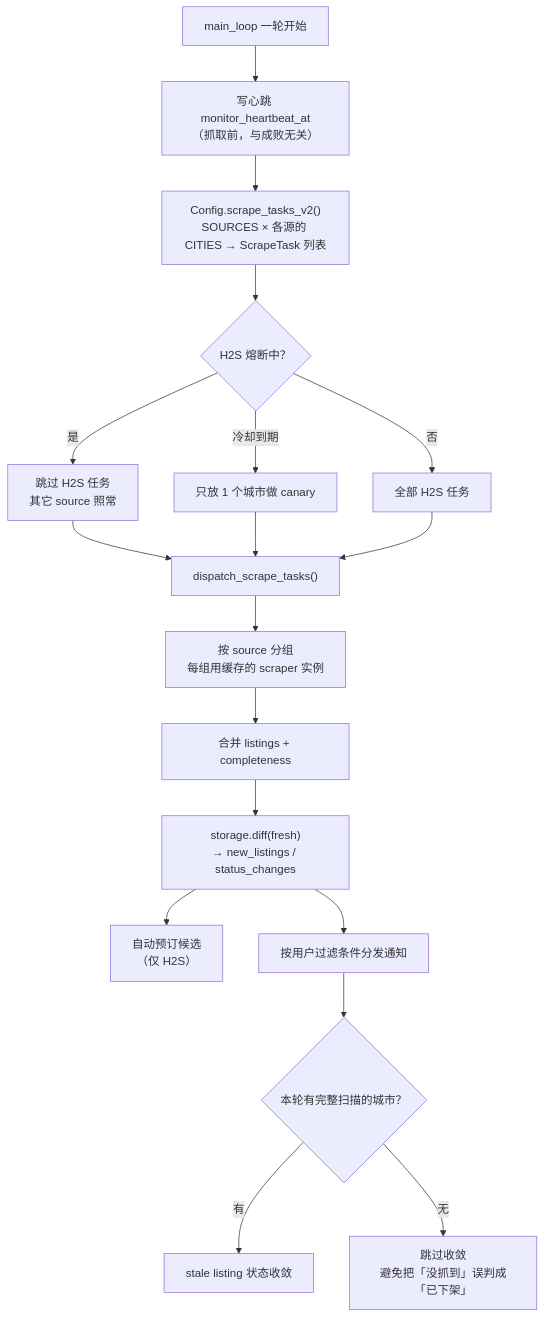
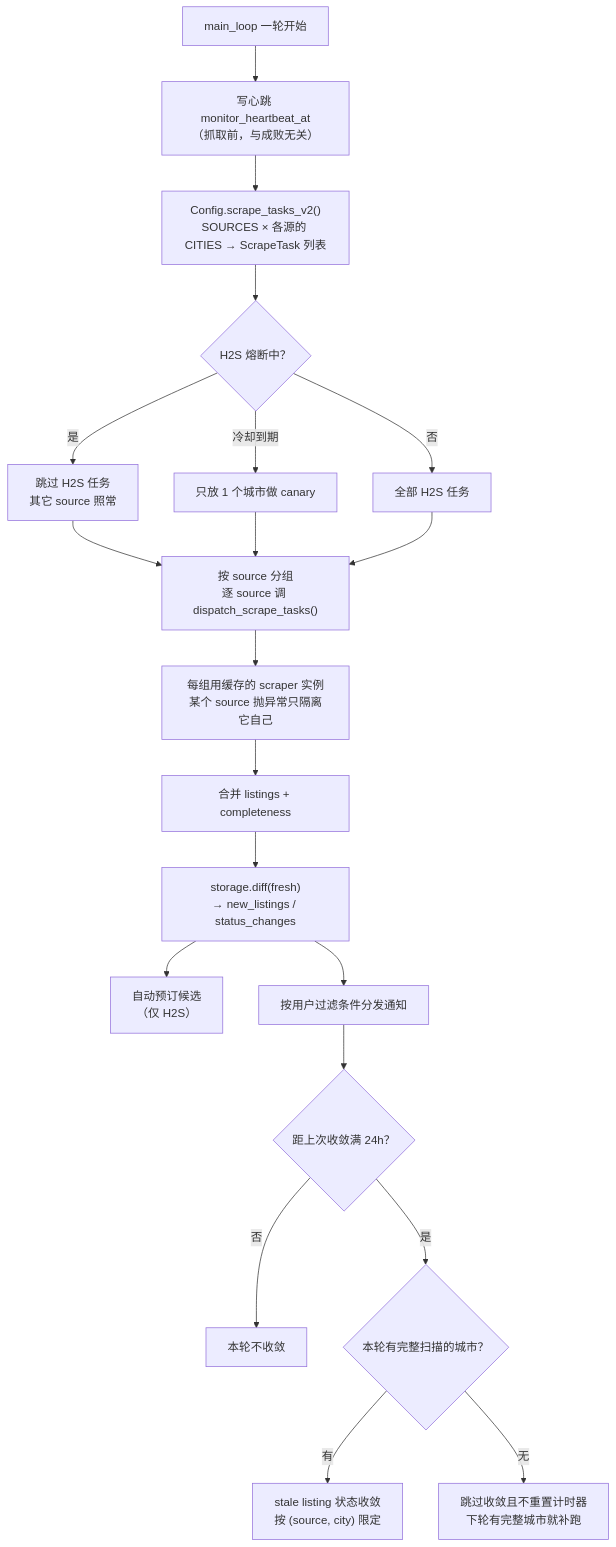
Before and after one commit to 751K/holland2stay-monitor: the second of 2 diagrams in docs/ARCHITECTURE.md, drawn with Mermaid. The commit also changed other lines of this file and 15 other files, not shown here.

````diff
--- a/docs/ARCHITECTURE.md
+++ b/docs/ARCHITECTURE.md
@@ -46,22 +46,24 @@
 ```mermaid
 flowchart TD
     A["main_loop 一轮开始"] --> HB["写心跳 monitor_heartbeat_at<br/>（抓取前，与成败无关）"]
     HB --> T["Config.scrape_tasks_v2()<br/>SOURCES × 各源的 CITIES → ScrapeTask 列表"]
     T --> CB{"H2S 熔断中？"}
     CB -->|是| SKIP["跳过 H2S 任务<br/>其它 source 照常"]
     CB -->|冷却到期| CAN["只放 1 个城市做 canary"]
     CB -->|否| ALL["全部 H2S 任务"]
 
-    SKIP --> D["dispatch_scrape_tasks()"]
+    SKIP --> D["按 source 分组<br/>逐 source 调 dispatch_scrape_tasks()"]
     CAN --> D
     ALL --> D
 
-    D --> SC["按 source 分组<br/>每组用缓存的 scraper 实例"]
+    D --> SC["每组用缓存的 scraper 实例<br/>某个 source 抛异常只隔离它自己"]
     SC --> R["合并 listings + completeness"]
     R --> DIFF["storage.diff(fresh)<br/>→ new_listings / status_changes"]
     DIFF --> BOOK["自动预订候选<br/>（仅 H2S）"]
     DIFF --> NOTIF["按用户过滤条件分发通知"]
-    NOTIF --> STALE{"本轮有完整扫描的城市？"}
-    STALE -->|有| CONV["stale listing 状态收敛"]
-    STALE -->|无| SKIP2["跳过收敛<br/>避免把「没抓到」误判成「已下架」"]
+    NOTIF --> DUE{"距上次收敛满 24h？"}
+    DUE -->|否| WAIT["本轮不收敛"]
+    DUE -->|是| STALE{"本轮有完整扫描的城市？"}
+    STALE -->|有| CONV["stale listing 状态收敛<br/>按 (source, city) 限定"]
+    STALE -->|无| SKIP2["跳过收敛且不重置计时器<br/>下轮有完整城市就补跑"]
 ```
````
